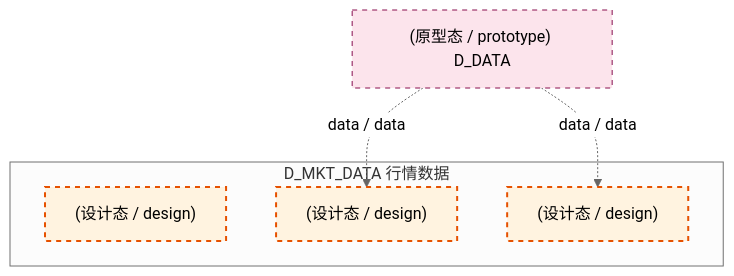
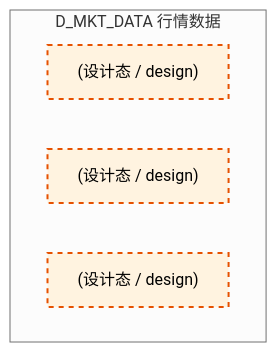
The second of 4 diagrams in docs/02_enterprise_architecture/02_domain_architecture_docs/18_d_mkt_data.md (xuanFelixVan/ZephyrAlpha), drawn with Mermaid (neutral theme) before and after one commit. The commit also changed other lines of this file and 122 other files, not shown here.

````diff
--- a/docs/02_enterprise_architecture/02_domain_architecture_docs/18_d_mkt_data.md
+++ b/docs/02_enterprise_architecture/02_domain_architecture_docs/18_d_mkt_data.md
@@ -110,17 +107,13 @@
 ```mermaid
 graph TD
     subgraph D_MKT_DATA["D_MKT_DATA 行情数据"]
         docs_03_modules_cross_layer_database_sub_blueprints_c1_market_clickhouse_md["(设计态 / design) "]
         docs_03_modules_domain_data_data_acquisition_plan_md["(设计态 / design) "]
         docs_03_modules_domain_data_data_source_operation_manual_md["(设计态 / design) "]
     end
-    D_DATA["(原型态 / prototype) D_DATA"]
-    D_DATA -.->|data / data| docs_03_modules_domain_data_data_source_operation_manual_md
-    D_DATA -.->|data / data| docs_03_modules_domain_data_data_acquisition_plan_md
     classDef production fill:#e1f5fe,stroke:#01579b,stroke-width:2px,color:#000
     classDef design fill:#fff3e0,stroke:#e65100,stroke-width:2px,color:#000,stroke-dasharray: 5 5
     classDef external_prod fill:#e8f5e9,stroke:#1b5e20,stroke-width:1px,color:#000
     classDef external_design fill:#fce4ec,stroke:#880e4f,stroke-width:1px,color:#000,stroke-dasharray: 5 5
     class docs_03_modules_cross_layer_database_sub_blueprints_c1_market_clickhouse_md,docs_03_modules_domain_data_data_acquisition_plan_md,docs_03_modules_domain_data_data_source_operation_manual_md design
-    class D_DATA external_design
 ```
````
